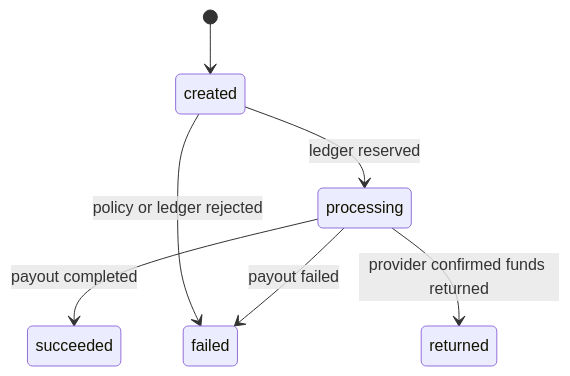
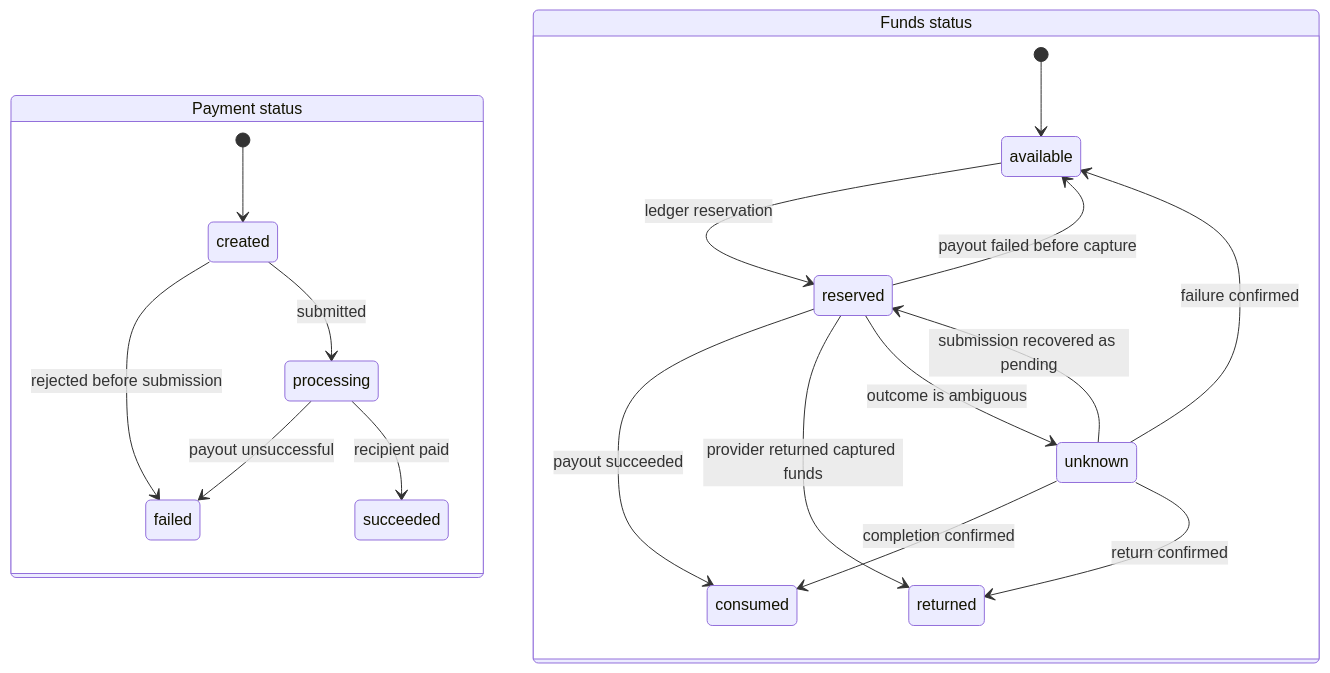
One commit to lancechuangdev/StableRail changed the second of 3 diagrams in README.md. Above: the diagram before and after it, drawn with Mermaid. The commit also changed other lines of this file and 21 other files, not shown here.

Commit message:
separate payment and funds statuses

````diff
--- a/README.md
+++ b/README.md
@@ -41,9 +41,23 @@
 ```mermaid
 stateDiagram-v2
-    [*] --> created
-    created --> processing: ledger reserved
-    created --> failed: policy or ledger rejected
-    processing --> succeeded: payout completed
-    processing --> failed: payout failed
-    processing --> returned: provider confirmed funds returned
+    state "Payment status" as payment {
+        [*] --> created
+        created --> processing: submitted
+        created --> failed: rejected before submission
+        processing --> succeeded: recipient paid
+        processing --> failed: payout unsuccessful
+    }
+
+    state "Funds status" as funds {
+        [*] --> available
+        available --> reserved: ledger reservation
+        reserved --> consumed: payout succeeded
+        reserved --> available: payout failed before capture
+        reserved --> returned: provider returned captured funds
+        reserved --> unknown: outcome is ambiguous
+        unknown --> reserved: submission recovered as pending
+        unknown --> consumed: completion confirmed
+        unknown --> available: failure confirmed
+        unknown --> returned: return confirmed
+    }
 ```
````
